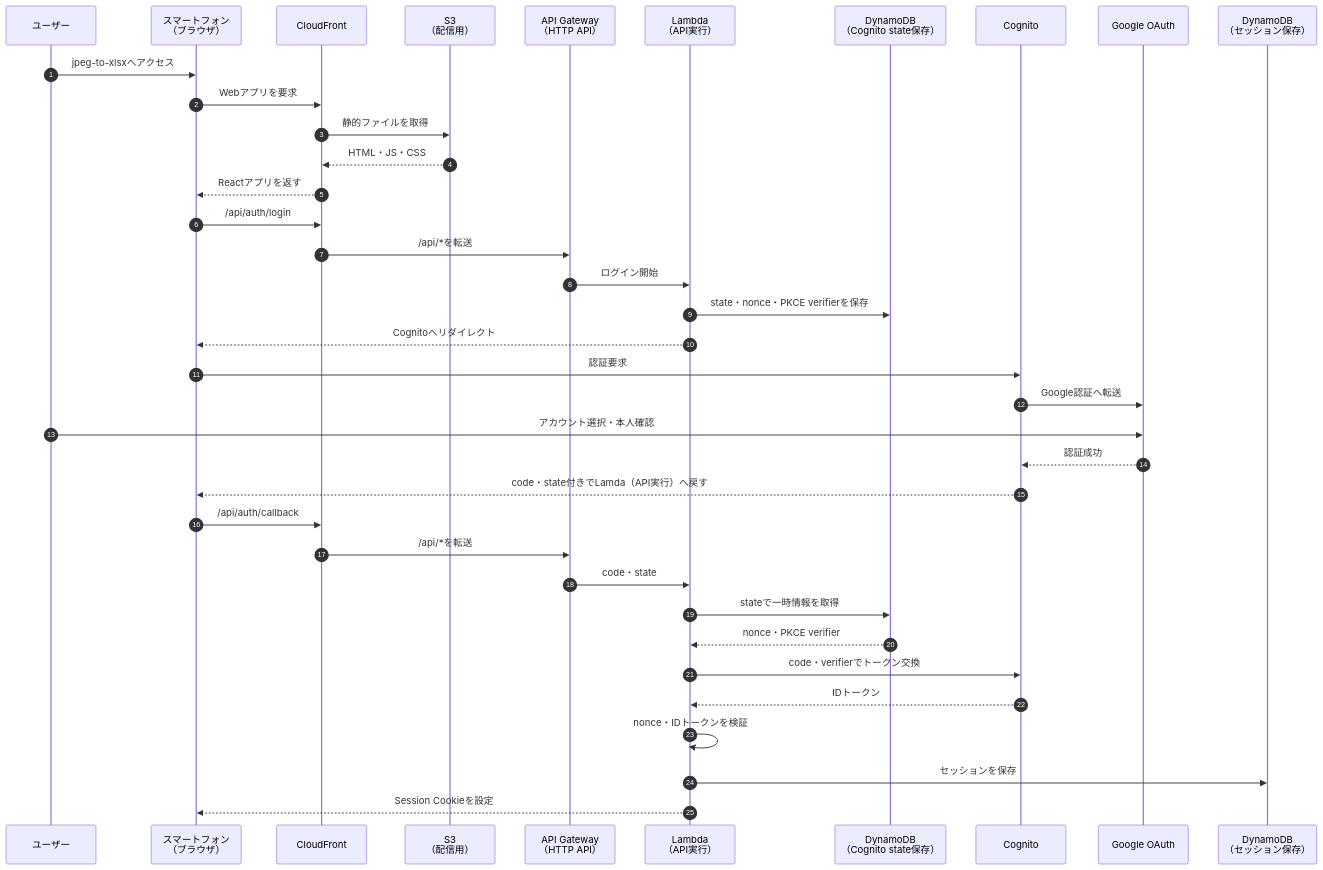
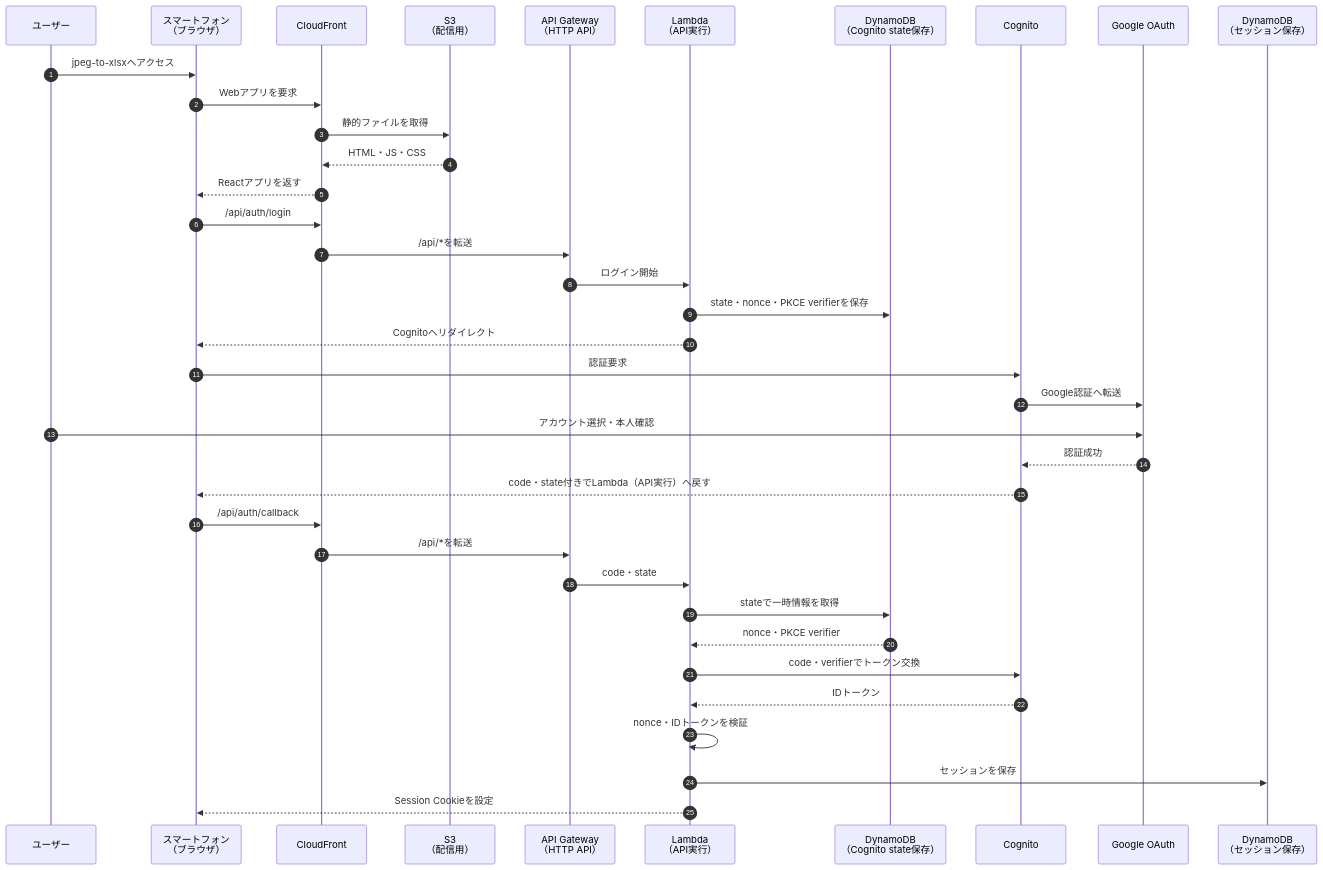
The first of 4 diagrams in README.md (vinylhousegarage/jpeg-to-xlsx), drawn with Mermaid before and after one commit. The commit also changed other lines of this file, not shown here.

Commit message:
docs(readme): fix Lambda and Slack typos

````diff
--- a/README.md
+++ b/README.md
@@ -20,43 +20,43 @@
 ```mermaid
 sequenceDiagram
   autonumber
   participant User as ユーザー
   participant Browser as スマートフォン<br/>（ブラウザ）
   participant CloudFront
   participant S3Web as S3<br/>（配信用）
   participant API as API Gateway<br/>（HTTP API）
   participant BFF as Lambda<br/>（API実行）
   participant StateDB as DynamoDB<br/>（Cognito state保存）
   participant Cognito
   participant Google as Google OAuth
   participant SessionDB as DynamoDB<br/>（セッション保存）
 
   User->>Browser: jpeg-to-xlsxへアクセス
   Browser->>CloudFront: Webアプリを要求
   CloudFront->>S3Web: 静的ファイルを取得
   S3Web-->>CloudFront: HTML・JS・CSS
   CloudFront-->>Browser: Reactアプリを返す
 
   Browser->>CloudFront: /api/auth/login
   CloudFront->>API: /api/*を転送
   API->>BFF: ログイン開始
   BFF->>StateDB: state・nonce・PKCE verifierを保存
   BFF-->>Browser: Cognitoへリダイレクト
 
   Browser->>Cognito: 認証要求
   Cognito->>Google: Google認証へ転送
   User->>Google: アカウント選択・本人確認
   Google-->>Cognito: 認証成功
-  Cognito-->>Browser: code・state付きでLamda（API実行）へ戻す
+  Cognito-->>Browser: code・state付きでLambda（API実行）へ戻す
 
   Browser->>CloudFront: /api/auth/callback
   CloudFront->>API: /api/*を転送
   API->>BFF: code・state
   BFF->>StateDB: stateで一時情報を取得
   StateDB-->>BFF: nonce・PKCE verifier
   BFF->>Cognito: code・verifierでトークン交換
   Cognito-->>BFF: IDトークン
   BFF->>BFF: nonce・IDトークンを検証
   BFF->>SessionDB: セッションを保存
   BFF-->>Browser: Session Cookieを設定
 ```
````
